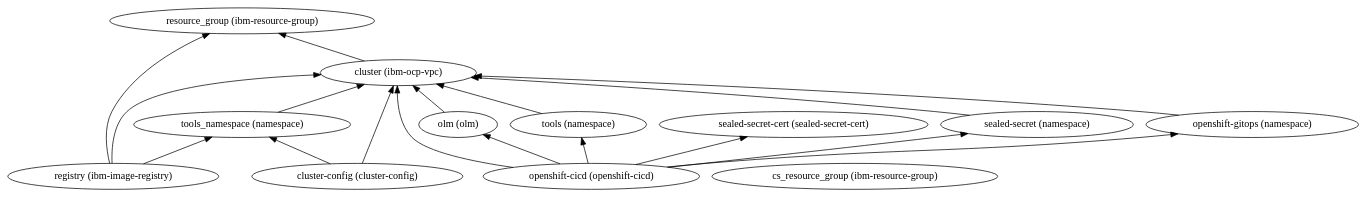
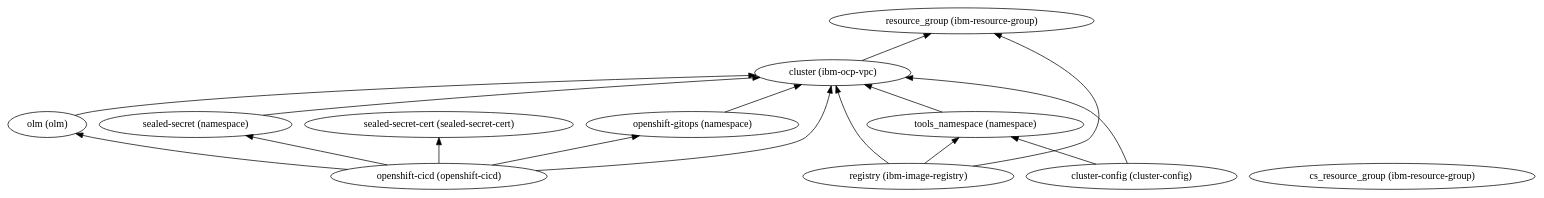
Before and after one commit to IBM/ibm-cloud-reference-architectures: the diagram in 165-ibm-fs-openshift-workload/dependencies.dot, drawn with Graphviz. The commit also changed 48 other files, not shown here.

```diff
--- a/165-ibm-fs-openshift-workload/dependencies.dot
+++ b/165-ibm-fs-openshift-workload/dependencies.dot
@@ -1,32 +1,29 @@
 digraph {
     rankdir="BT"
     "resource_group (ibm-resource-group)"
 "cs_resource_group (ibm-resource-group)"
 "cluster (ibm-ocp-vpc)" -> "resource_group (ibm-resource-group)"
 "cluster (ibm-ocp-vpc)"
 "tools_namespace (namespace)" -> "cluster (ibm-ocp-vpc)"
 "tools_namespace (namespace)"
 "openshift-gitops (namespace)" -> "cluster (ibm-ocp-vpc)"
 "openshift-gitops (namespace)"
 "cluster-config (cluster-config)" -> "cluster (ibm-ocp-vpc)"
 "cluster-config (cluster-config)" -> "tools_namespace (namespace)"
 "cluster-config (cluster-config)"
 "registry (ibm-image-registry)" -> "cluster (ibm-ocp-vpc)"
 "registry (ibm-image-registry)" -> "tools_namespace (namespace)"
 "registry (ibm-image-registry)" -> "resource_group (ibm-resource-group)"
 "registry (ibm-image-registry)"
 "openshift-cicd (openshift-cicd)" -> "cluster (ibm-ocp-vpc)"
 "openshift-cicd (openshift-cicd)" -> "olm (olm)"
 "openshift-cicd (openshift-cicd)" -> "openshift-gitops (namespace)"
-"openshift-cicd (openshift-cicd)" -> "tools (namespace)"
 "openshift-cicd (openshift-cicd)" -> "sealed-secret (namespace)"
 "openshift-cicd (openshift-cicd)" -> "sealed-secret-cert (sealed-secret-cert)"
 "openshift-cicd (openshift-cicd)"
 "olm (olm)" -> "cluster (ibm-ocp-vpc)"
 "olm (olm)"
-"tools (namespace)" -> "cluster (ibm-ocp-vpc)"
-"tools (namespace)"
 "sealed-secret (namespace)" -> "cluster (ibm-ocp-vpc)"
 "sealed-secret (namespace)"
 "sealed-secret-cert (sealed-secret-cert)"
   }
```
